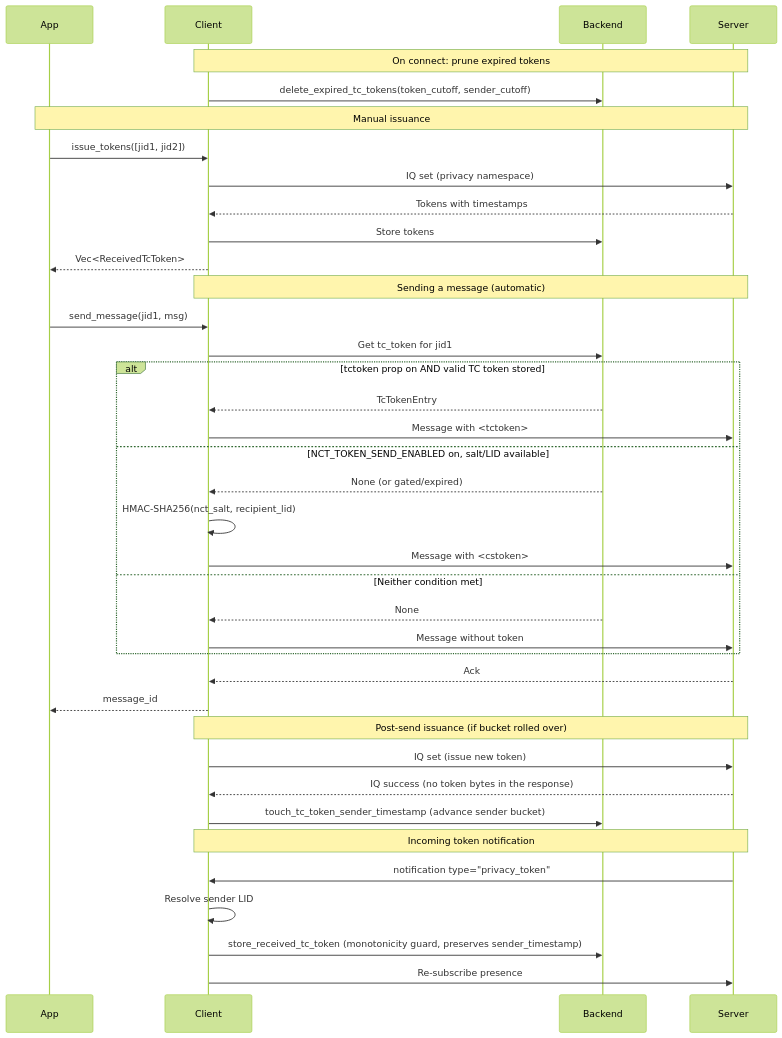
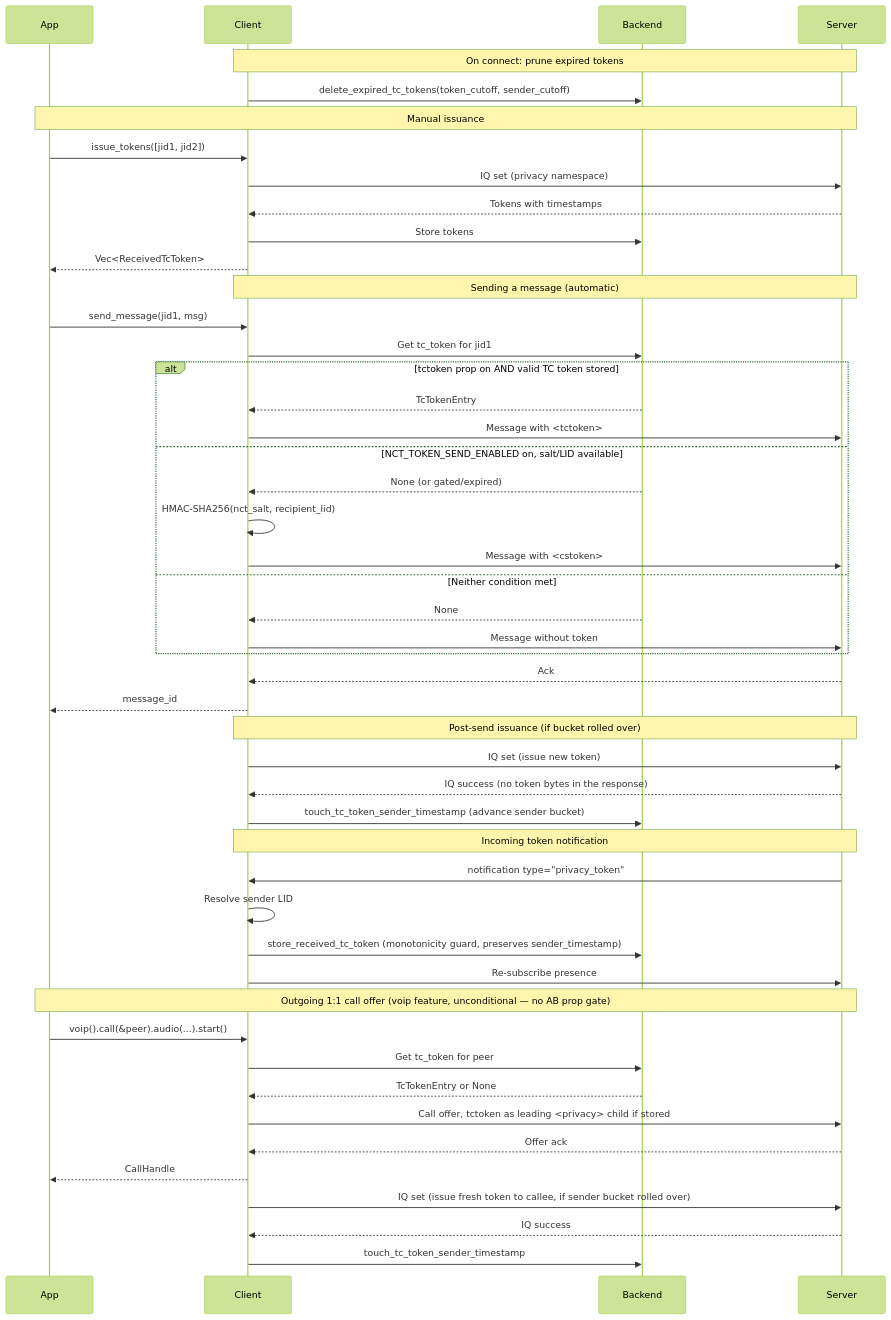
One commit to jlucaso1/whatsapp-rust-docs changed the diagram in api/tctoken.mdx. Above: the diagram before and after it, drawn with Mermaid (forest theme). The commit also changed other lines of this file and 1 other file, not shown here.

Commit message:
docs: tctoken attach/issue on outgoing VoIP call offers for #970 (#376)

````diff
--- a/api/tctoken.mdx
+++ b/api/tctoken.mdx
@@ -337,47 +343,58 @@
 ```mermaid
 sequenceDiagram
     participant App
     participant Client
     participant Backend
     participant Server
     
     Note over Client,Server: On connect: prune expired tokens
     Client->>Backend: delete_expired_tc_tokens(token_cutoff, sender_cutoff)
     
     Note over App,Server: Manual issuance
     App->>Client: issue_tokens([jid1, jid2])
     Client->>Server: IQ set (privacy namespace)
     Server-->>Client: Tokens with timestamps
     Client->>Backend: Store tokens
     Client-->>App: Vec<ReceivedTcToken>
     
     Note over Client,Server: Sending a message (automatic)
     App->>Client: send_message(jid1, msg)
     Client->>Backend: Get tc_token for jid1
     
     alt tctoken prop on AND valid TC token stored
         Backend-->>Client: TcTokenEntry
         Client->>Server: Message with <tctoken>
     else NCT_TOKEN_SEND_ENABLED on, salt/LID available
         Backend-->>Client: None (or gated/expired)
         Client->>Client: HMAC-SHA256(nct_salt, recipient_lid)
         Client->>Server: Message with <cstoken>
     else Neither condition met
         Backend-->>Client: None
         Client->>Server: Message without token
     end
     
     Server-->>Client: Ack
     Client-->>App: message_id
     
     Note over Client,Server: Post-send issuance (if bucket rolled over)
     Client->>Server: IQ set (issue new token)
     Server-->>Client: IQ success (no token bytes in the response)
     Client->>Backend: touch_tc_token_sender_timestamp (advance sender bucket)
     
     Note over Client,Server: Incoming token notification
     Server->>Client: notification type="privacy_token"
     Client->>Client: Resolve sender LID
     Client->>Backend: store_received_tc_token (monotonicity guard, preserves sender_timestamp)
     Client->>Server: Re-subscribe presence
+    
+    Note over App,Server: Outgoing 1:1 call offer (voip feature, unconditional — no AB prop gate)
+    App->>Client: voip().call(&peer).audio(...).start()
+    Client->>Backend: Get tc_token for peer
+    Backend-->>Client: TcTokenEntry or None
+    Client->>Server: Call offer, tctoken as leading <privacy> child if stored
+    Server-->>Client: Offer ack
+    Client-->>App: CallHandle
+    Client->>Server: IQ set (issue fresh token to callee, if sender bucket rolled over)
+    Server-->>Client: IQ success
+    Client->>Backend: touch_tc_token_sender_timestamp
 ```
````
